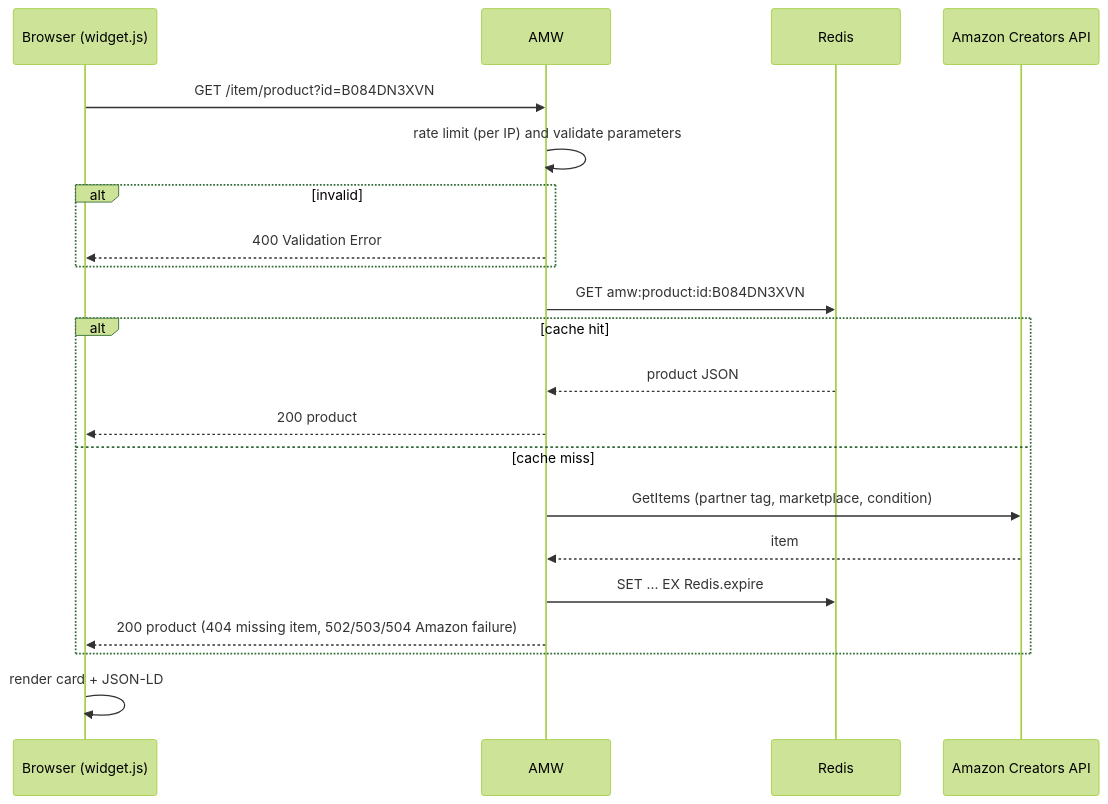
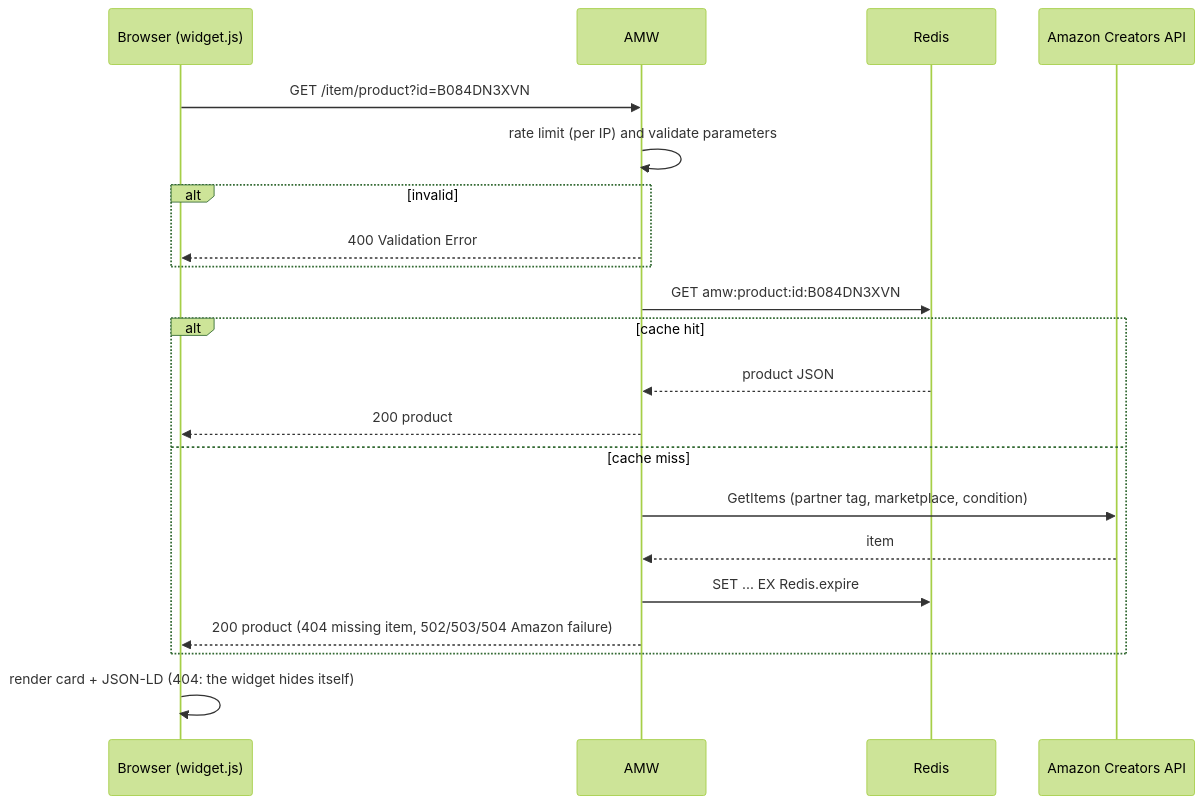
The second of 2 diagrams in docs/developer/architecture.md (ltoinel/amw), drawn with Mermaid (forest theme) before and after one commit. The commit also changed other lines of this file and 6 other files, not shown here.

````diff
--- a/docs/developer/architecture.md
+++ b/docs/developer/architecture.md
@@ -34,23 +47,23 @@
 ```mermaid
 sequenceDiagram
     participant B as Browser (widget.js)
     participant S as AMW
     participant R as Redis
     participant A as Amazon Creators API
     B->>S: GET /item/product?id=B084DN3XVN
     S->>S: rate limit (per IP) and validate parameters
     alt invalid
         S-->>B: 400 Validation Error
     end
     S->>R: GET amw:product:id:B084DN3XVN
     alt cache hit
         R-->>S: product JSON
         S-->>B: 200 product
     else cache miss
         S->>A: GetItems (partner tag, marketplace, condition)
         A-->>S: item
         S->>R: SET ... EX Redis.expire
         S-->>B: 200 product (404 missing item, 502/503/504 Amazon failure)
     end
-    B->>B: render card + JSON-LD
+    B->>B: render card + JSON-LD (404: the widget hides itself)
 ```
````
